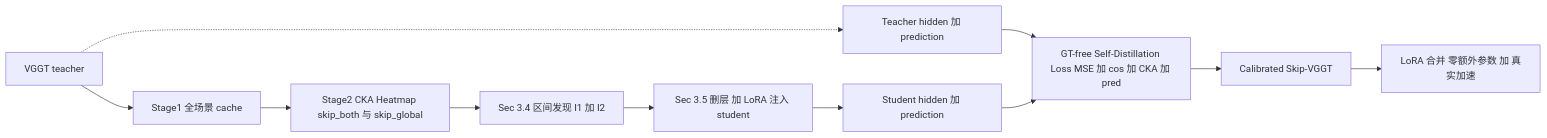
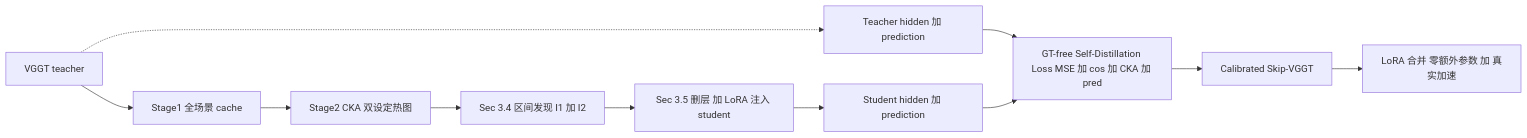
Before and after one commit to Xian-Bei/vggt-family-layer-redundancy: the diagram in docs/PAPER_DRAFT_CN.md, drawn with Mermaid. The commit also changed other lines of this file and 453 other files, not shown here.

````diff
--- a/docs/PAPER_DRAFT_CN.md
+++ b/docs/PAPER_DRAFT_CN.md
@@ -248,13 +242,13 @@
 ```mermaid
 flowchart LR
   A[VGGT teacher] --> B[Stage1 全场景 cache]
-  B --> C[Stage2 CKA Heatmap skip_both 与 skip_global]
+  B --> C[Stage2 CKA 双设定热图]
   C --> D[Sec 3.4 区间发现 I1 加 I2]
   D --> E[Sec 3.5 删层 加 LoRA 注入 student]
   A -.-> F[Teacher hidden 加 prediction]
   E --> G[Student hidden 加 prediction]
   F --> H[GT-free Self-Distillation Loss MSE 加 cos 加 CKA 加 pred]
   G --> H
   H --> I[Calibrated Skip-VGGT]
   I --> J[LoRA 合并 零额外参数 加 真实加速]
 ```
````
